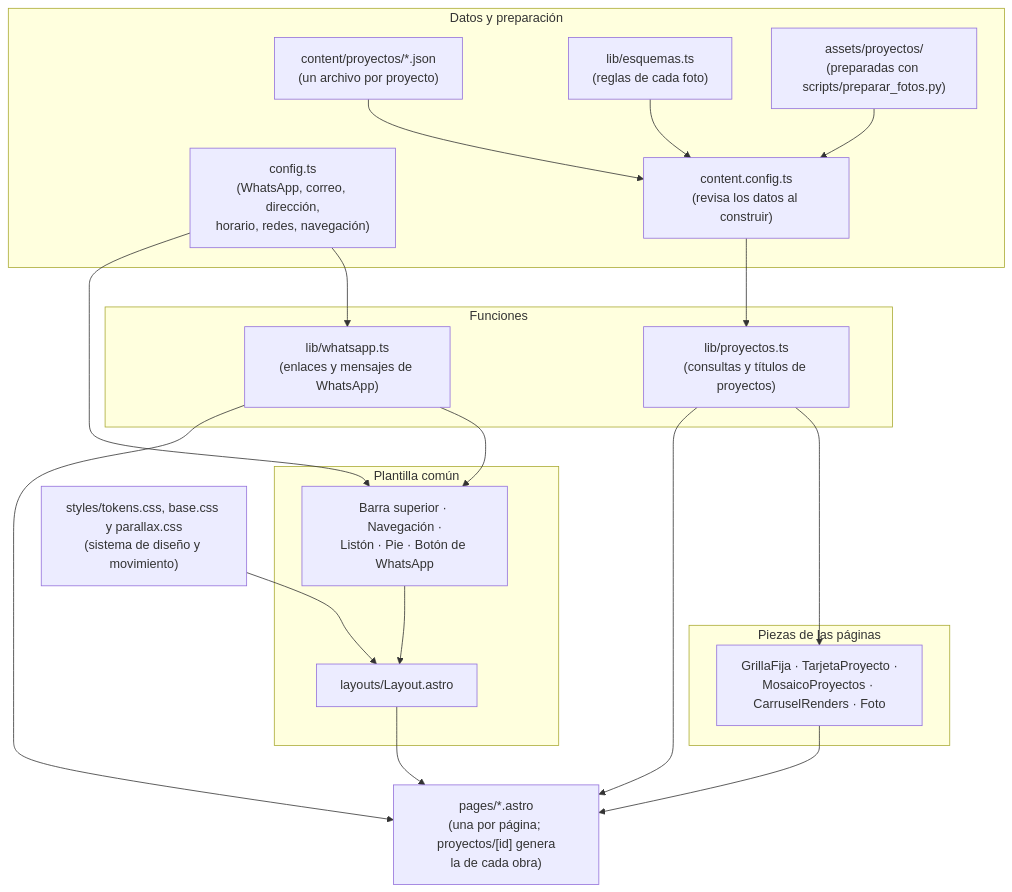
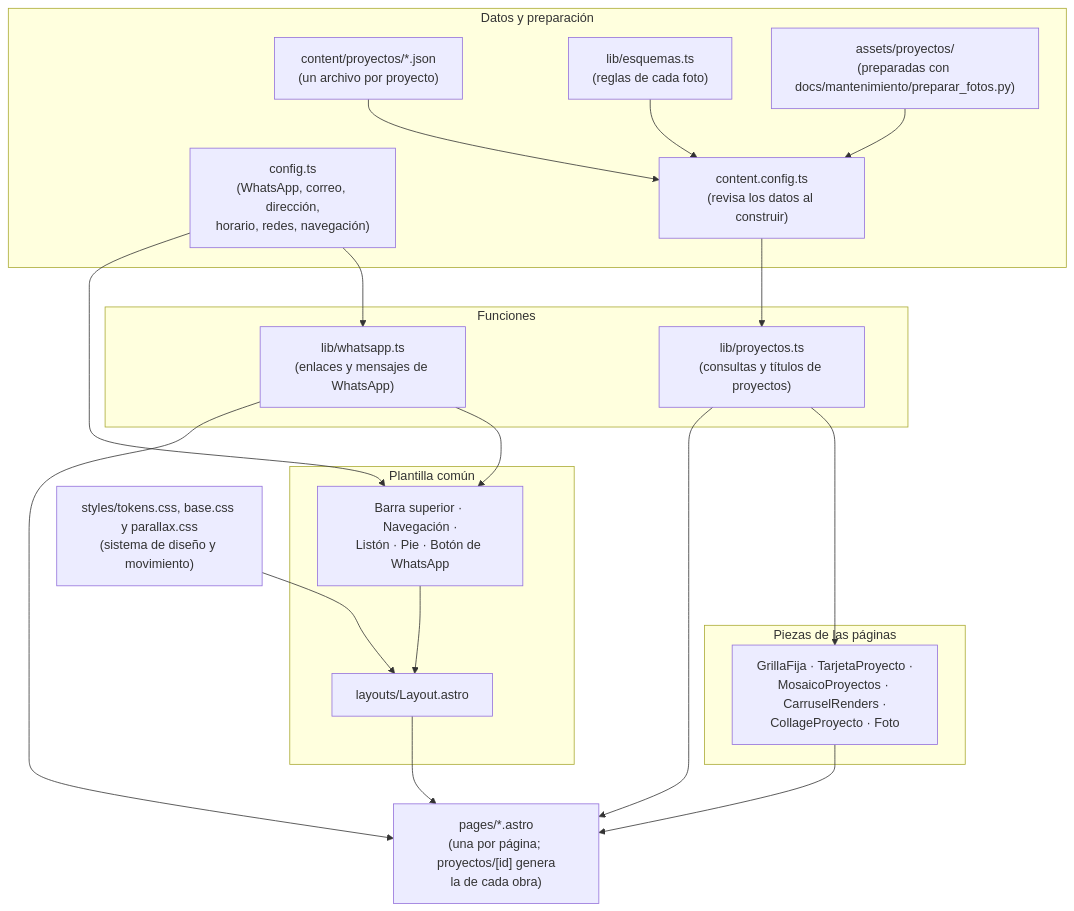
One commit to FavioCanev/web-1903-arquitectos changed the third of 3 diagrams in docs/arquitectura.md. Above: the diagram before and after it, drawn with Mermaid. The commit also changed other lines of this file and 7 other files, not shown here.

````diff
--- a/docs/arquitectura.md
+++ b/docs/arquitectura.md
@@ -150,42 +150,42 @@
 ```mermaid
 flowchart TB
     subgraph datos["Datos y preparación"]
         config["config.ts<br/>(WhatsApp, correo, dirección,<br/>horario, redes, navegación)"]
         proyectos["content/proyectos/*.json<br/>(un archivo por proyecto)"]
         esquemas["lib/esquemas.ts<br/>(reglas de cada foto)"]
         esquema["content.config.ts<br/>(revisa los datos al construir)"]
-        fotos["assets/proyectos/<br/>(preparadas con scripts/preparar_fotos.py)"]
+        fotos["assets/proyectos/<br/>(preparadas con docs/mantenimiento/preparar_fotos.py)"]
     end
 
     subgraph logica["Funciones"]
         whatsapp["lib/whatsapp.ts<br/>(enlaces y mensajes de WhatsApp)"]
         libproy["lib/proyectos.ts<br/>(consultas y títulos de proyectos)"]
     end
 
     subgraph plantilla["Plantilla común"]
         layout["layouts/Layout.astro"]
         comunes["Barra superior · Navegación ·<br/>Listón · Pie · Botón de WhatsApp"]
     end
 
     subgraph piezas["Piezas de las páginas"]
-        tarjetas["GrillaFija · TarjetaProyecto ·<br/>MosaicoProyectos · CarruselRenders · Foto"]
+        tarjetas["GrillaFija · TarjetaProyecto ·<br/>MosaicoProyectos · CarruselRenders ·<br/>CollageProyecto · Foto"]
     end
 
     paginas["pages/*.astro<br/>(una por página; proyectos/[id] genera<br/>la de cada obra)"]
     estilos["styles/tokens.css, base.css y parallax.css<br/>(sistema de diseño y movimiento)"]
 
     esquemas --> esquema
     fotos --> esquema
     proyectos --> esquema
     esquema --> libproy
     config --> whatsapp
     config --> comunes
     whatsapp --> comunes
     whatsapp --> paginas
     libproy --> tarjetas
     libproy --> paginas
     tarjetas --> paginas
     comunes --> layout
     layout --> paginas
     estilos --> layout
 ```
````
